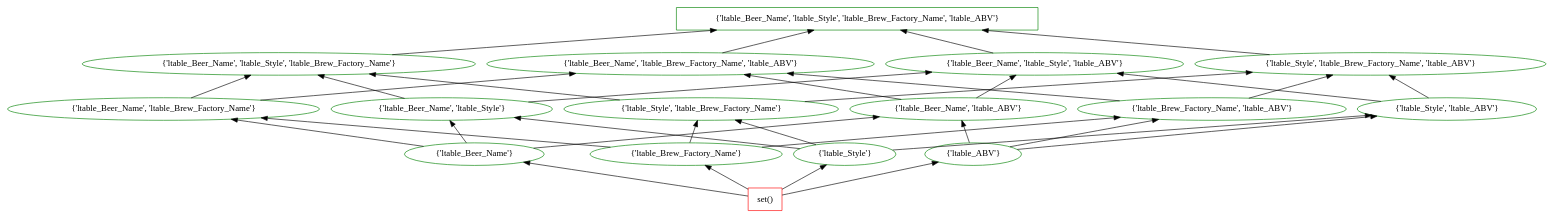
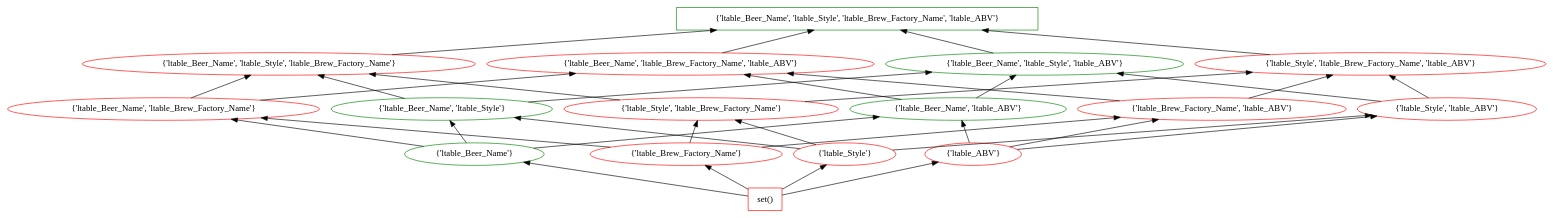
The diagram in data/beers/deeper/2/lattice_3.dot (tteofili/certem), drawn with Graphviz before and after one commit. The commit also changed 561 other files, not shown here.

```diff
--- a/data/beers/deeper/2/lattice_3.dot
+++ b/data/beers/deeper/2/lattice_3.dot
@@ -1,54 +1,54 @@
 digraph G {
 splines="line"
 rankdir=BT
 "{'ltable_Beer_Name', 'ltable_Style', 'ltable_Brew_Factory_Name', 'ltable_ABV'}" [shape=box];
 "set()" [shape=box];
 "set()" [color=red];
 "set()" -> "{'ltable_Beer_Name'}";
 "set()" -> "{'ltable_Brew_Factory_Name'}";
 "set()" -> "{'ltable_Style'}";
 "set()" -> "{'ltable_ABV'}";
 "{'ltable_Beer_Name'}" [color=green];
 "{'ltable_Beer_Name'}" -> "{'ltable_Beer_Name', 'ltable_Brew_Factory_Name'}";
 "{'ltable_Beer_Name'}" -> "{'ltable_Beer_Name', 'ltable_Style'}";
 "{'ltable_Beer_Name'}" -> "{'ltable_Beer_Name', 'ltable_ABV'}";
-"{'ltable_Brew_Factory_Name'}" [color=green];
+"{'ltable_Brew_Factory_Name'}" [color=red];
 "{'ltable_Brew_Factory_Name'}" -> "{'ltable_Beer_Name', 'ltable_Brew_Factory_Name'}";
 "{'ltable_Brew_Factory_Name'}" -> "{'ltable_Style', 'ltable_Brew_Factory_Name'}";
 "{'ltable_Brew_Factory_Name'}" -> "{'ltable_Brew_Factory_Name', 'ltable_ABV'}";
-"{'ltable_Style'}" [color=green];
+"{'ltable_Style'}" [color=red];
 "{'ltable_Style'}" -> "{'ltable_Beer_Name', 'ltable_Style'}";
 "{'ltable_Style'}" -> "{'ltable_Style', 'ltable_Brew_Factory_Name'}";
 "{'ltable_Style'}" -> "{'ltable_Style', 'ltable_ABV'}";
-"{'ltable_ABV'}" [color=green];
+"{'ltable_ABV'}" [color=red];
 "{'ltable_ABV'}" -> "{'ltable_Beer_Name', 'ltable_ABV'}";
 "{'ltable_ABV'}" -> "{'ltable_Brew_Factory_Name', 'ltable_ABV'}";
 "{'ltable_ABV'}" -> "{'ltable_Style', 'ltable_ABV'}";
-"{'ltable_Beer_Name', 'ltable_Brew_Factory_Name'}" [color=green];
+"{'ltable_Beer_Name', 'ltable_Brew_Factory_Name'}" [color=red];
 "{'ltable_Beer_Name', 'ltable_Brew_Factory_Name'}" -> "{'ltable_Beer_Name', 'ltable_Style', 'ltable_Brew_Factory_Name'}";
 "{'ltable_Beer_Name', 'ltable_Brew_Factory_Name'}" -> "{'ltable_Beer_Name', 'ltable_Brew_Factory_Name', 'ltable_ABV'}";
 "{'ltable_Beer_Name', 'ltable_Style'}" [color=green];
 "{'ltable_Beer_Name', 'ltable_Style'}" -> "{'ltable_Beer_Name', 'ltable_Style', 'ltable_Brew_Factory_Name'}";
 "{'ltable_Beer_Name', 'ltable_Style'}" -> "{'ltable_Beer_Name', 'ltable_Style', 'ltable_ABV'}";
 "{'ltable_Beer_Name', 'ltable_ABV'}" [color=green];
 "{'ltable_Beer_Name', 'ltable_ABV'}" -> "{'ltable_Beer_Name', 'ltable_Brew_Factory_Name', 'ltable_ABV'}";
 "{'ltable_Beer_Name', 'ltable_ABV'}" -> "{'ltable_Beer_Name', 'ltable_Style', 'ltable_ABV'}";
-"{'ltable_Style', 'ltable_Brew_Factory_Name'}" [color=green];
+"{'ltable_Style', 'ltable_Brew_Factory_Name'}" [color=red];
 "{'ltable_Style', 'ltable_Brew_Factory_Name'}" -> "{'ltable_Beer_Name', 'ltable_Style', 'ltable_Brew_Factory_Name'}";
 "{'ltable_Style', 'ltable_Brew_Factory_Name'}" -> "{'ltable_Style', 'ltable_Brew_Factory_Name', 'ltable_ABV'}";
-"{'ltable_Brew_Factory_Name', 'ltable_ABV'}" [color=green];
+"{'ltable_Brew_Factory_Name', 'ltable_ABV'}" [color=red];
 "{'ltable_Brew_Factory_Name', 'ltable_ABV'}" -> "{'ltable_Beer_Name', 'ltable_Brew_Factory_Name', 'ltable_ABV'}";
 "{'ltable_Brew_Factory_Name', 'ltable_ABV'}" -> "{'ltable_Style', 'ltable_Brew_Factory_Name', 'ltable_ABV'}";
-"{'ltable_Style', 'ltable_ABV'}" [color=green];
+"{'ltable_Style', 'ltable_ABV'}" [color=red];
 "{'ltable_Style', 'ltable_ABV'}" -> "{'ltable_Beer_Name', 'ltable_Style', 'ltable_ABV'}";
 "{'ltable_Style', 'ltable_ABV'}" -> "{'ltable_Style', 'ltable_Brew_Factory_Name', 'ltable_ABV'}";
-"{'ltable_Beer_Name', 'ltable_Style', 'ltable_Brew_Factory_Name'}" [color=green];
+"{'ltable_Beer_Name', 'ltable_Style', 'ltable_Brew_Factory_Name'}" [color=red];
 "{'ltable_Beer_Name', 'ltable_Style', 'ltable_Brew_Factory_Name'}" -> "{'ltable_Beer_Name', 'ltable_Style', 'ltable_Brew_Factory_Name', 'ltable_ABV'}";
-"{'ltable_Beer_Name', 'ltable_Brew_Factory_Name', 'ltable_ABV'}" [color=green];
+"{'ltable_Beer_Name', 'ltable_Brew_Factory_Name', 'ltable_ABV'}" [color=red];
 "{'ltable_Beer_Name', 'ltable_Brew_Factory_Name', 'ltable_ABV'}" -> "{'ltable_Beer_Name', 'ltable_Style', 'ltable_Brew_Factory_Name', 'ltable_ABV'}";
 "{'ltable_Beer_Name', 'ltable_Style', 'ltable_ABV'}" [color=green];
 "{'ltable_Beer_Name', 'ltable_Style', 'ltable_ABV'}" -> "{'ltable_Beer_Name', 'ltable_Style', 'ltable_Brew_Factory_Name', 'ltable_ABV'}";
-"{'ltable_Style', 'ltable_Brew_Factory_Name', 'ltable_ABV'}" [color=green];
+"{'ltable_Style', 'ltable_Brew_Factory_Name', 'ltable_ABV'}" [color=red];
 "{'ltable_Style', 'ltable_Brew_Factory_Name', 'ltable_ABV'}" -> "{'ltable_Beer_Name', 'ltable_Style', 'ltable_Brew_Factory_Name', 'ltable_ABV'}";
 "{'ltable_Beer_Name', 'ltable_Style', 'ltable_Brew_Factory_Name', 'ltable_ABV'}" [color=green];
 }
```
